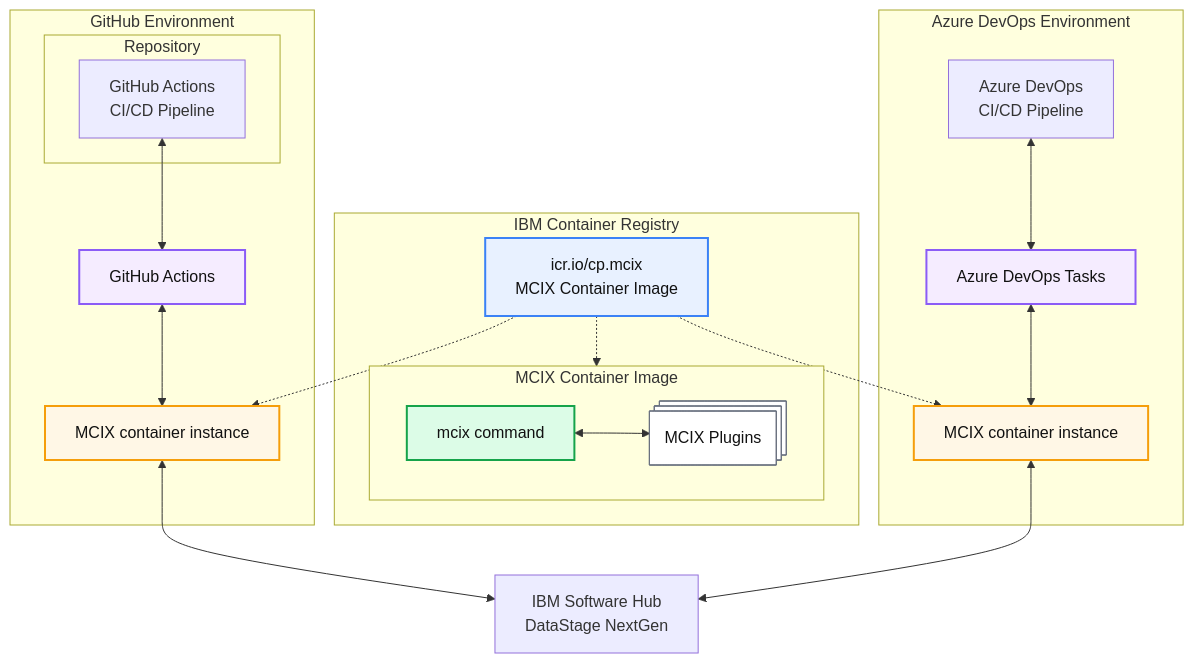
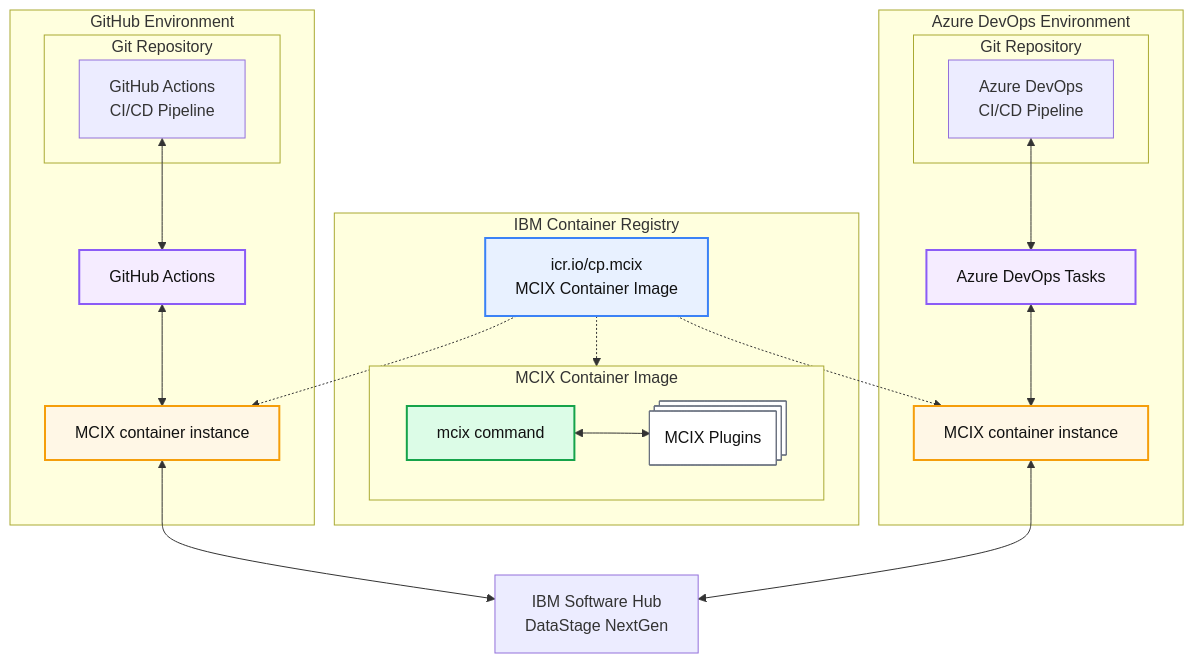
Before and after one commit to MettleCI/mcix: the diagram in ARCHITECTURE.md, drawn with Mermaid.

Commit message:
Fix subgraph labels in architecture diagram

````diff
--- a/ARCHITECTURE.md
+++ b/ARCHITECTURE.md
@@ -1,79 +1,81 @@
 ```mermaid
   flowchart TD
 
   %% =========================
   %% Styles
   %% =========================
   classDef registry fill:#e8f1ff,stroke:#3b82f6,stroke-width:2px,color:#111;
   classDef image fill:#eefbf3,stroke:#22c55e,stroke-width:2px,color:#111;
   classDef runtime fill:#fff7e6,stroke:#f59e0b,stroke-width:2px,color:#111;
   classDef tooling fill:#f5ecff,stroke:#8b5cf6,stroke-width:2px,color:#111;
   classDef plugin fill:#ffffff,stroke:#6b7280,stroke-width:1px,color:#111;
   classDef command fill:#dcfce7,stroke:#16a34a,stroke-width:2px,color:#111;
 
   %% =========================
   %% GitHub environment
   %% =========================
   subgraph GH["GitHub Environment"]
-      subgraph GHREPO["Repository"]
+      subgraph GHREPO["Git Repository"]
         GHPIPE["GitHub Actions<br/>CI/CD Pipeline"]
       end
       GHCONT["MCIX container instance"]
       GHA["GitHub Actions"]
   end
   class GHA tooling
   class GHCONT runtime
 
   %% GH Tooling references 
   GHPIPE <--> GHA
   GHA <--> GHCONT
 
   %% =========================
   %% Registry
   %% =========================
   subgraph REG["IBM Container Registry"]
       ICR["icr.io/cp.mcix<br/>MCIX Container Image"]
 
       %% Image internals
       subgraph IMG["MCIX Container Image"]
           MCIX["mcix command"]
           PLUGINS@{ shape: procs, label: "MCIX Plugins"}
       end
       class MCIX command
       class PLUGINS plugin
       class IMG image
 
   end
   class ICR registry
 
   ICR -.-> IMG
   MCIX <--> PLUGINS
 
   CPD["IBM Software Hub<br/>DataStage NextGen"]
 
   %% =========================
   %% Azure DevOps environment
   %% =========================
   subgraph ADO["Azure DevOps Environment"]
+      subgraph ADOREPO["Git Repository"]
+        ADOPIPE["Azure DevOps<br/>CI/CD Pipeline"]
+      end
       ADOT["Azure DevOps Tasks"]
-      ADOPIPE["Azure DevOps<br/>CI/CD Pipeline"]
       ADOCONT["MCIX container instance"]
   end
   class ADOT tooling
   class ADOCONT runtime
 
   %% =========================
   %% Distribution from registry
   %% =========================
   ICR -.-> GHCONT
   ICR -.-> ADOCONT
 
   %% ADO Tooling references 
   ADOPIPE <--> ADOT
   ADOT <--> ADOCONT
 
   %% Action/Task links to CPD
   GHCONT <--> CPD
   ADOCONT <--> CPD
 
 ```
````
